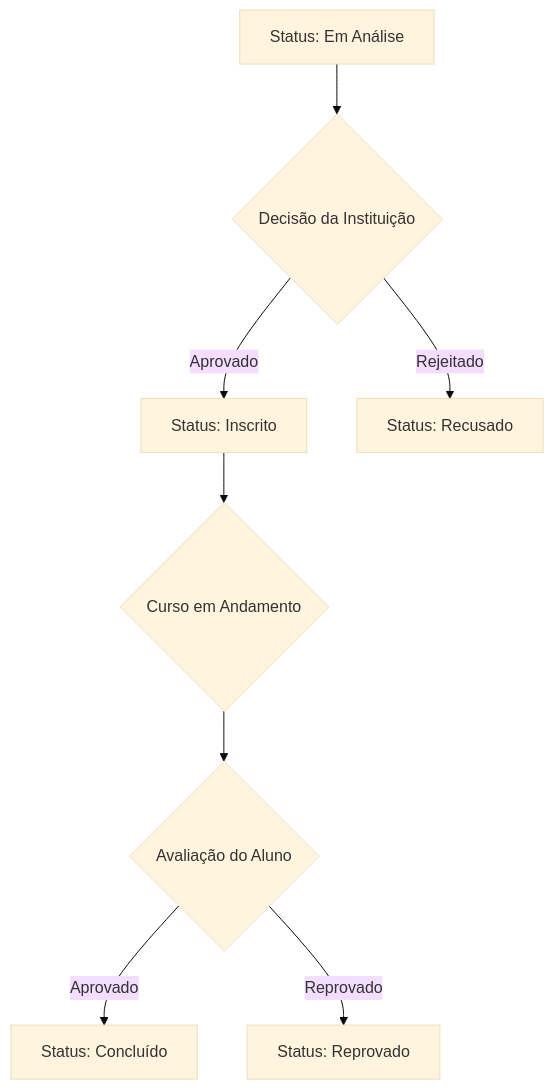
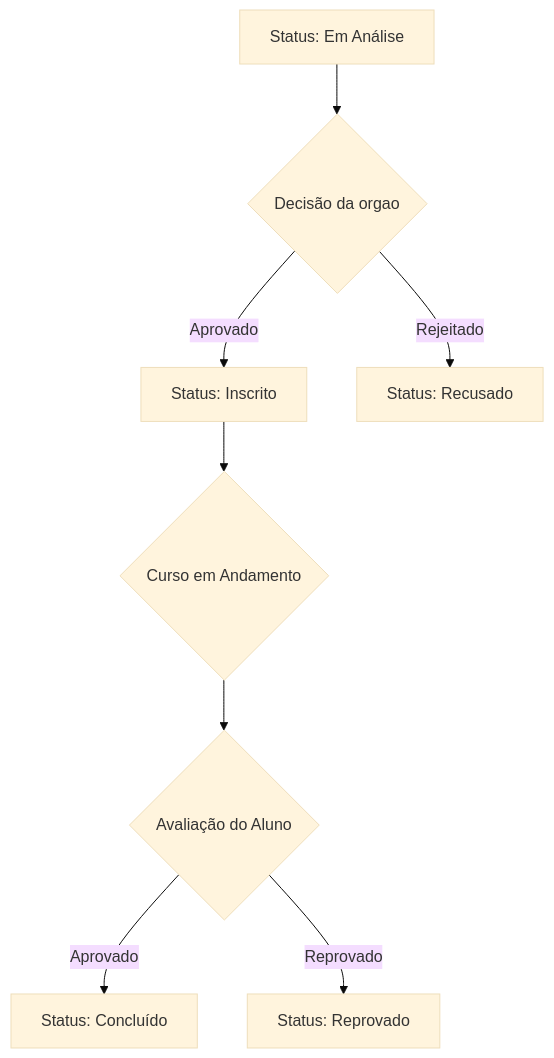
The second of 3 diagrams in ciclocarioca_flowchart_updated.md (ingridasgracas/documentacao_mermaid), drawn with Mermaid (base theme) before and after one commit. The commit also changed other lines of this file, not shown here.

Commit message:
Update flowchart and messages to reflect 'orgão'

````diff
--- a/ciclocarioca_flowchart_updated.md
+++ b/ciclocarioca_flowchart_updated.md
@@ -33,10 +33,10 @@
 ```mermaid
 flowchart TD
-    A[Status: Em Análise] --> B{Decisão da Instituição}
+    A[Status: Em Análise] --> B{Decisão da orgao}
     B -->|Aprovado| C[Status: Inscrito]
     B -->|Rejeitado| D[Status: Recusado]
     C --> E{Curso em Andamento}
     E --> F{Avaliação do Aluno}
     F -->|Aprovado| G[Status: Concluído]
     F -->|Reprovado| H[Status: Reprovado]
 ```
````
